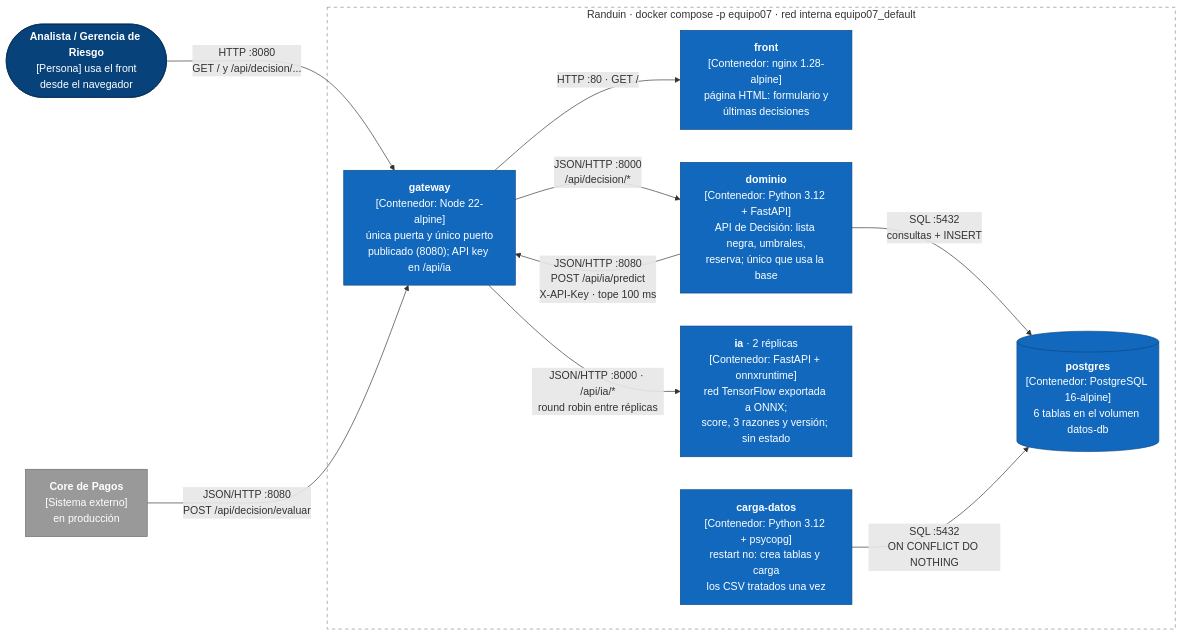
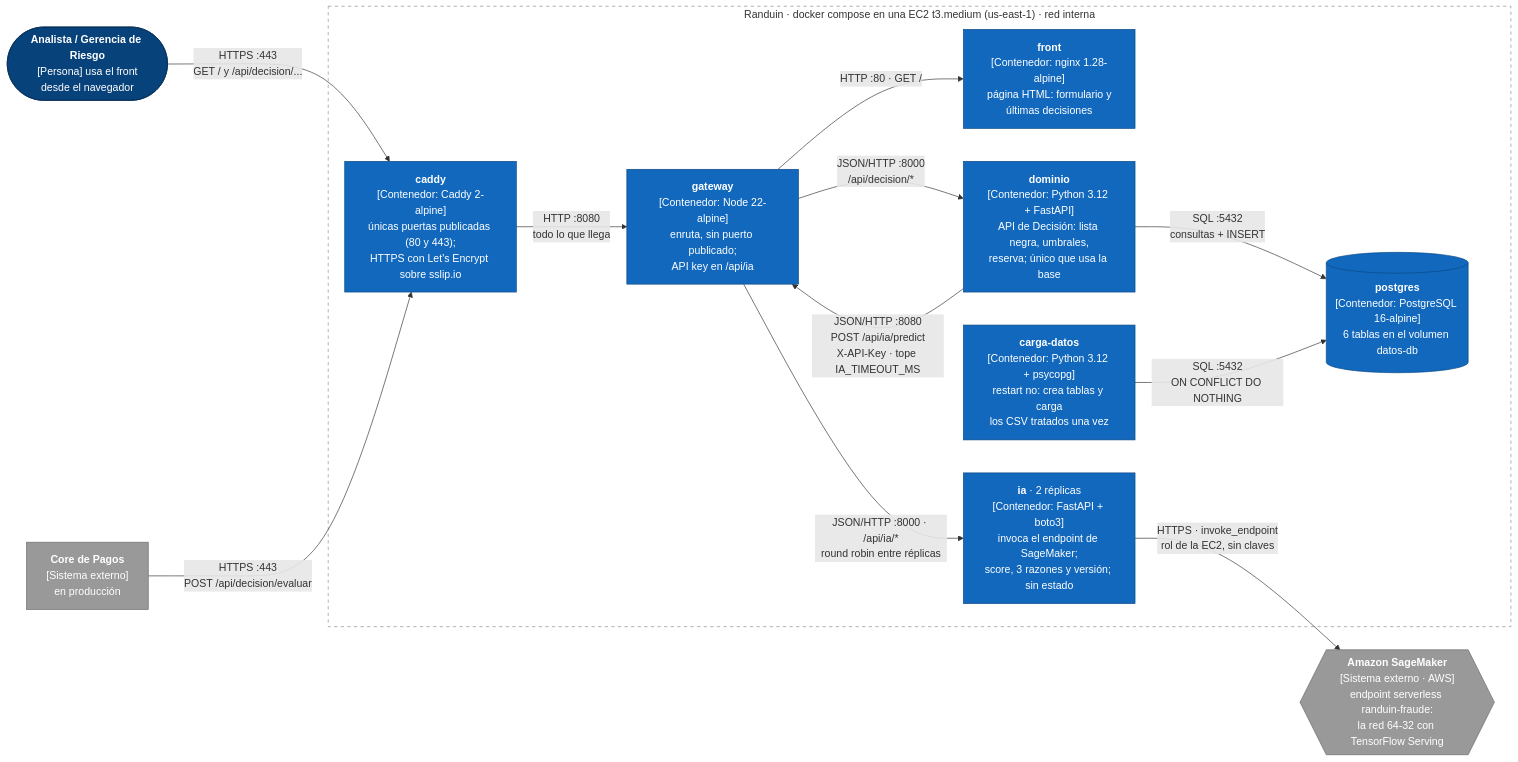
The diagram in docs/arquitectura/04-contenedores.mmd (mochaviruss/randuin), drawn with Mermaid before and after one commit. The commit also changed 9 other files, not shown here.

Commit message:
Despliegue: Caddy con HTTPS sobre sslip.io y compose con imagenes ep3

```diff
--- a/docs/arquitectura/04-contenedores.mmd
+++ b/docs/arquitectura/04-contenedores.mmd
@@ -1,23 +1,27 @@
 flowchart LR
   classDef persona fill:#08427b,stroke:#052e56,color:#fff
   classDef cont fill:#1168bd,stroke:#0b4884,color:#fff
   classDef ext fill:#999,stroke:#6b6b6b,color:#fff
   usuario(["<b>Analista / Gerencia de Riesgo</b><br/>[Persona] usa el front<br/>desde el navegador"]):::persona
   core["<b>Core de Pagos</b><br/>[Sistema externo]<br/>en producción"]:::ext
-  subgraph randuin["Randuin · docker compose -p equipo07 · red interna equipo07_default"]
-    gateway["<b>gateway</b><br/>[Contenedor: Node 22-alpine]<br/>única puerta y único puerto<br/>publicado (8080); API key en /api/ia"]:::cont
+  sm{{"<b>Amazon SageMaker</b><br/>[Sistema externo · AWS]<br/>endpoint serverless randuin-fraude:<br/>la red 64-32 con TensorFlow Serving"}}:::ext
+  subgraph randuin["Randuin · docker compose en una EC2 t3.medium (us-east-1) · red interna"]
+    caddy["<b>caddy</b><br/>[Contenedor: Caddy 2-alpine]<br/>únicas puertas publicadas (80 y 443);<br/>HTTPS con Let's Encrypt sobre sslip.io"]:::cont
+    gateway["<b>gateway</b><br/>[Contenedor: Node 22-alpine]<br/>enruta, sin puerto publicado;<br/>API key en /api/ia"]:::cont
     front["<b>front</b><br/>[Contenedor: nginx 1.28-alpine]<br/>página HTML: formulario y<br/>últimas decisiones"]:::cont
     dominio["<b>dominio</b><br/>[Contenedor: Python 3.12 + FastAPI]<br/>API de Decisión: lista negra, umbrales,<br/>reserva; único que usa la base"]:::cont
-    ia["<b>ia</b> · 2 réplicas<br/>[Contenedor: FastAPI + onnxruntime]<br/>red TensorFlow exportada a ONNX;<br/>score, 3 razones y versión; sin estado"]:::cont
+    ia["<b>ia</b> · 2 réplicas<br/>[Contenedor: FastAPI + boto3]<br/>invoca el endpoint de SageMaker;<br/>score, 3 razones y versión; sin estado"]:::cont
     postgres[("<b>postgres</b><br/>[Contenedor: PostgreSQL 16-alpine]<br/>6 tablas en el volumen datos-db")]:::cont
     carga_datos["<b>carga-datos</b><br/>[Contenedor: Python 3.12 + psycopg]<br/>restart no: crea tablas y carga<br/>los CSV tratados una vez"]:::cont
   end
-  usuario -->|"HTTP :8080<br/>GET / y /api/decision/..."| gateway
-  core -->|"JSON/HTTP :8080<br/>POST /api/decision/evaluar"| gateway
+  usuario -->|"HTTPS :443<br/>GET / y /api/decision/..."| caddy
+  core -->|"HTTPS :443<br/>POST /api/decision/evaluar"| caddy
+  caddy -->|"HTTP :8080<br/>todo lo que llega"| gateway
   gateway -->|"HTTP :80 · GET /"| front
   gateway -->|"JSON/HTTP :8000<br/>/api/decision/*"| dominio
-  dominio -->|"JSON/HTTP :8080<br/>POST /api/ia/predict<br/>X-API-Key · tope 100 ms"| gateway
+  dominio -->|"JSON/HTTP :8080<br/>POST /api/ia/predict<br/>X-API-Key · tope IA_TIMEOUT_MS"| gateway
   gateway -->|"JSON/HTTP :8000 · /api/ia/*<br/>round robin entre réplicas"| ia
+  ia -->|"HTTPS · invoke_endpoint<br/>rol de la EC2, sin claves"| sm
   dominio -->|"SQL :5432<br/>consultas + INSERT"| postgres
   carga_datos -->|"SQL :5432<br/>ON CONFLICT DO NOTHING"| postgres
   style randuin fill:#ffffff,stroke:#8A8A8A,stroke-dasharray:5 5
```
